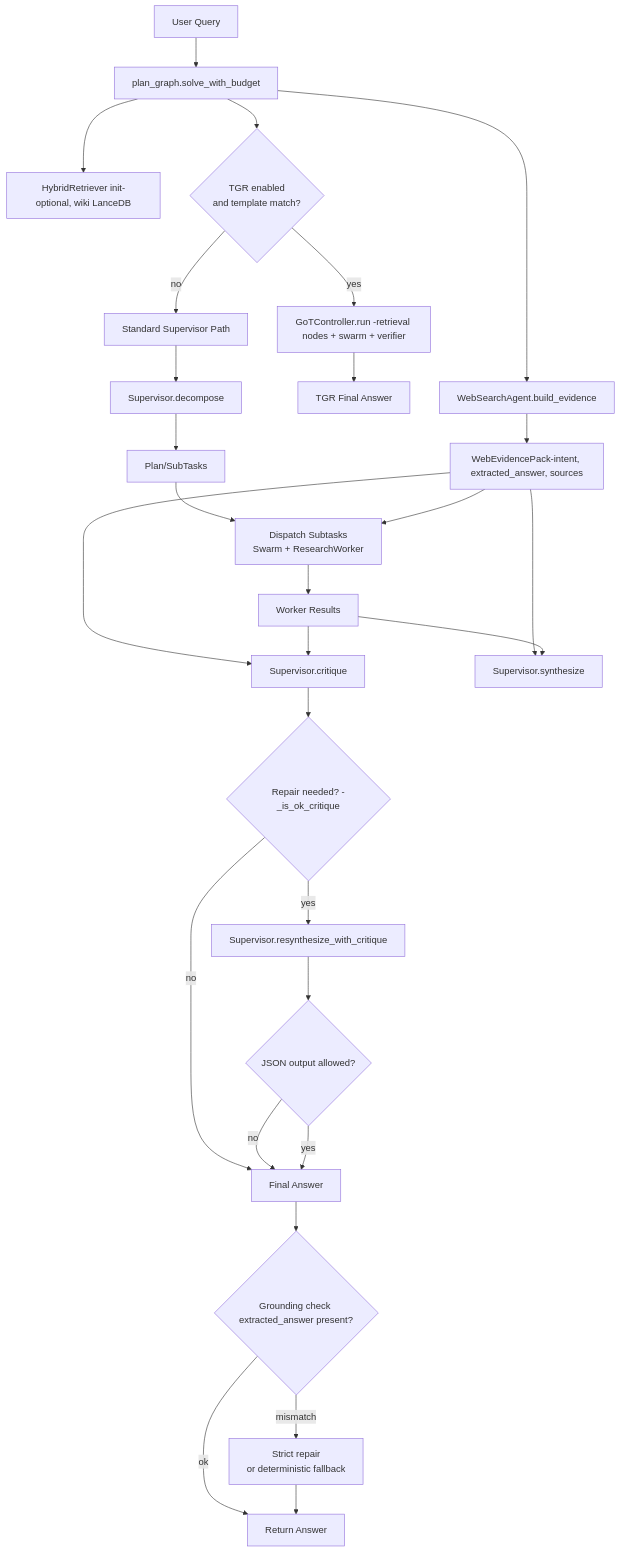
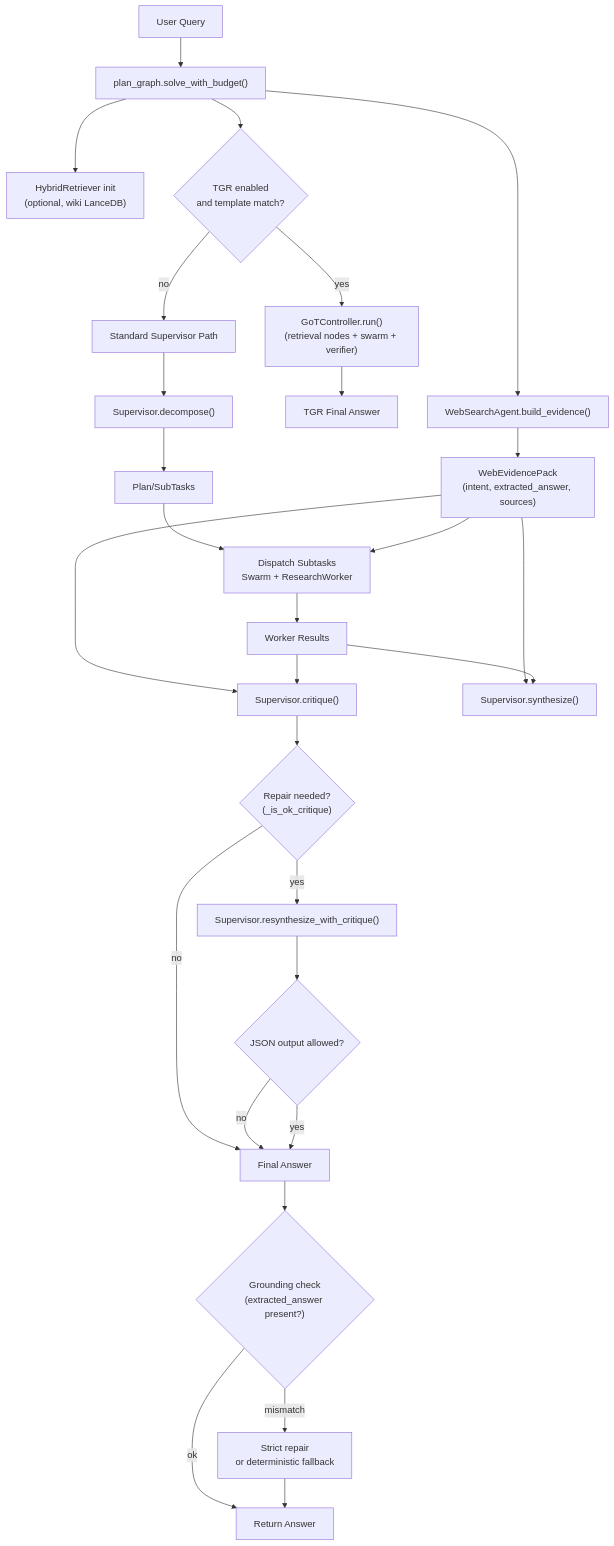
The first of 4 diagrams in docs/ARCHITECTURE.md (kmurad-qlu/mas-qlu), drawn with Mermaid before and after one commit.

````diff
--- a/docs/ARCHITECTURE.md
+++ b/docs/ARCHITECTURE.md
@@ -137,40 +137,41 @@
 ```mermaid
 flowchart TD
-  U[User Query] --> PG[plan_graph.solve_with_budget]
+  U["User Query"] --> PG["plan_graph.solve_with_budget()"]
 
-  PG --> WE[WebSearchAgent.build_evidence]
-  WE --> WEP[WebEvidencePack-intent, extracted_answer, sources]
+  PG --> WE["WebSearchAgent.build_evidence()"]
+  WE --> WEP["WebEvidencePack\n(intent, extracted_answer, sources)"]
 
-  PG --> RAG[HybridRetriever init-optional, wiki LanceDB]
-  PG --> TGR{TGR enabled\nand template match?}
-  TGR -->|yes| GOT[GoTController.run -retrieval nodes + swarm + verifier]
-  GOT --> TGRANS[TGR Final Answer]
+  PG --> RAG["HybridRetriever init\n(optional, wiki LanceDB)"]
+  PG --> TGR{"TGR enabled\nand template match?"}
+  TGR -->|yes| GOT["GoTController.run()\n(retrieval nodes + swarm + verifier)"]
+  GOT --> TGRANS["TGR Final Answer"]
 
-  TGR -->|no| STD[Standard Supervisor Path]
-  STD --> DEC[Supervisor.decompose]
-  DEC --> PLAN[Plan/SubTasks]
+  TGR -->|no| STD["Standard Supervisor Path"]
+  STD --> DEC["Supervisor.decompose()"]
+  DEC --> PLAN["Plan/SubTasks"]
 
-  PLAN --> DISPATCH[Dispatch Subtasks\nSwarm + ResearchWorker]
+  PLAN --> DISPATCH["Dispatch Subtasks\nSwarm + ResearchWorker"]
   WEP --> DISPATCH
-  DISPATCH --> RESULTS[Worker Results]
+  DISPATCH --> RESULTS["Worker Results"]
 
-  WEP --> CRIT[Supervisor.critique]
+  WEP --> CRIT["Supervisor.critique()"]
   RESULTS --> CRIT
 
-  WEP --> SYN[Supervisor.synthesize]
+  WEP --> SYN["Supervisor.synthesize()"]
   RESULTS --> SYN
 
-  CRIT --> REPAIR{Repair needed? -_is_ok_critique}
-  REPAIR -->|yes| RESYN[Supervisor.resynthesize_with_critique]
-  REPAIR -->|no| FINAL[Final Answer]
+  CRIT --> REPAIR{"Repair needed?\n(_is_ok_critique)"}
+  REPAIR -->|yes| RESYN["Supervisor.resynthesize_with_critique()"]
+  REPAIR -->|no| FINAL["Final Answer"]
 
-  RESYN --> JG{JSON output allowed?}
+  RESYN --> JG{"JSON output allowed?"}
   JG -->|no| FINAL
   JG -->|yes| FINAL
 
-  FINAL --> GRND{Grounding check extracted_answer present?}
-  GRND -->|mismatch| FIX[Strict repair\nor deterministic fallback]
-  GRND -->|ok| OUT[Return Answer]
+  FINAL --> GRND{"Grounding check\n(extracted_answer present?)"}
+  GRND -->|mismatch| FIX["Strict repair\nor deterministic fallback"]
+  GRND -->|ok| OUT["Return Answer"]
   FIX --> OUT
 
+
 ```
````
